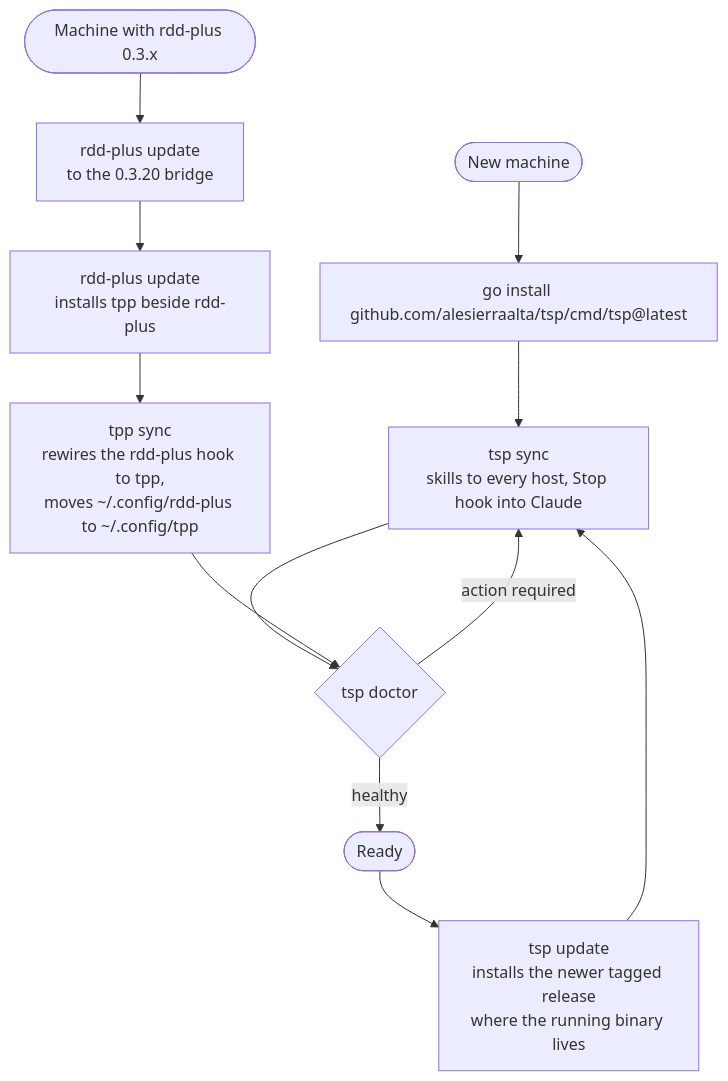
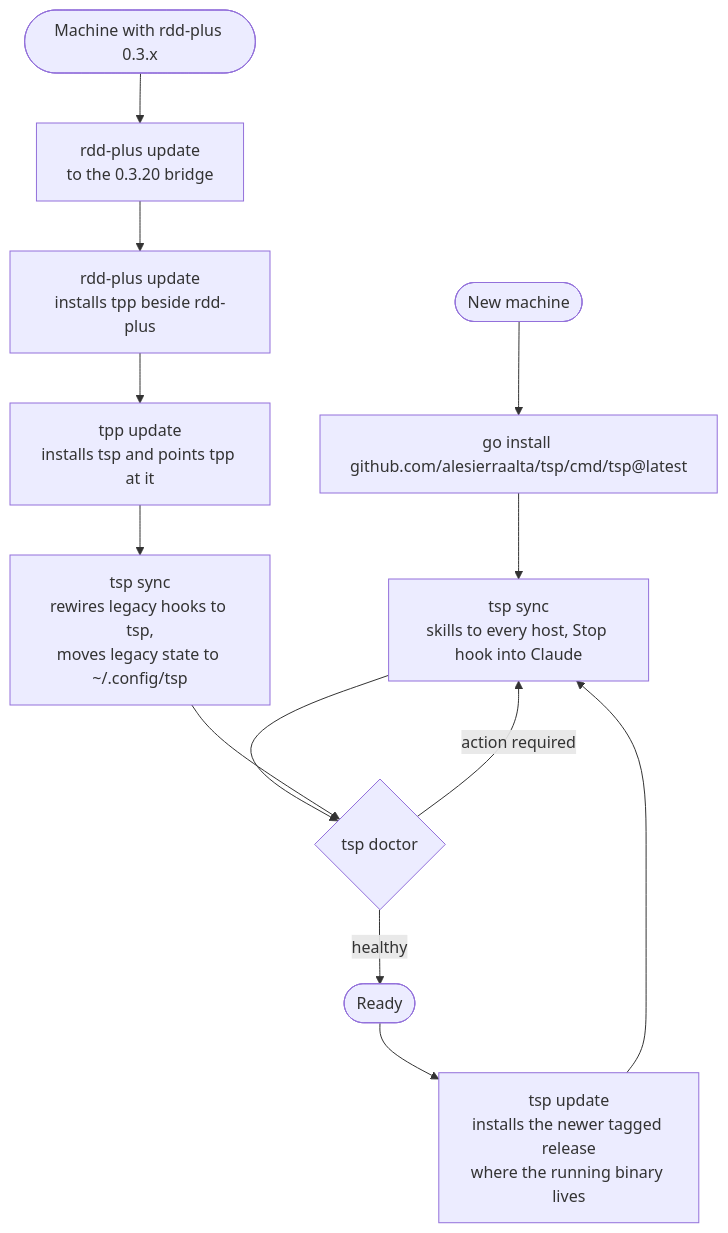
One commit to alesierraalta/tsp changed the fourth of 4 diagrams in README.md. Above: the diagram before and after it, drawn with Mermaid. The commit also changed other lines of this file and 1 other file, not shown here.

Commit message:
docs: make the install path and command reference match the published tsp

````diff
--- a/README.md
+++ b/README.md
@@ -140,14 +140,15 @@
 ```mermaid
 flowchart TD
     new([New machine]) --> install[go install github.com/alesierraalta/tsp/cmd/tsp@latest]
     install --> sync[tsp sync<br/>skills to every host, Stop hook into Claude]
     sync --> doctor{tsp doctor}
     doctor -- healthy --> use([Ready])
     doctor -- action required --> sync
     use --> update[tsp update<br/>installs the newer tagged release<br/>where the running binary lives]
     update --> sync
     old([Machine with rdd-plus 0.3.x]) --> bridge[rdd-plus update<br/>to the 0.3.20 bridge]
     bridge --> bridge2[rdd-plus update<br/>installs tpp beside rdd-plus]
-    bridge2 --> migrate[tpp sync<br/>rewires the rdd-plus hook to tpp,<br/>moves ~/.config/rdd-plus to ~/.config/tpp]
+    bridge2 --> tspbridge[tpp update<br/>installs tsp and points tpp at it]
+    tspbridge --> migrate[tsp sync<br/>rewires legacy hooks to tsp,<br/>moves legacy state to ~/.config/tsp]
     migrate --> doctor
 ```
````
